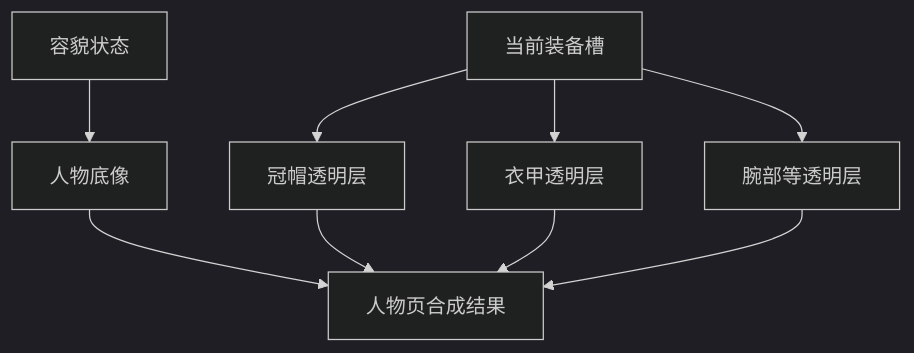
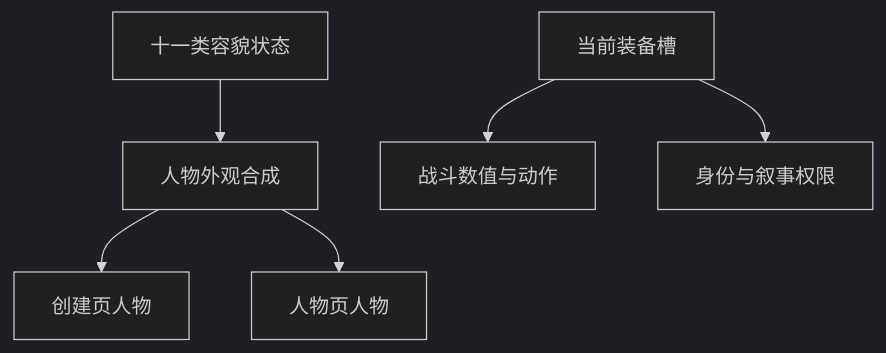
The second of 2 diagrams in docs/TALE_OF_IMMORTAL_CHARACTER_CREATION_REFERENCE.md (jollywu24/xiuxian-simulator), drawn with Mermaid (dark theme) before and after one commit. The commit also changed other lines of this file and 5 other files, not shown here.

````diff
--- a/docs/TALE_OF_IMMORTAL_CHARACTER_CREATION_REFERENCE.md
+++ b/docs/TALE_OF_IMMORTAL_CHARACTER_CREATION_REFERENCE.md
@@ -458,11 +457,8 @@
 ```mermaid
 flowchart TD
-    A[容貌状态] --> B[人物底像]
-    C[当前装备槽] --> D[冠帽透明层]
-    C --> E[衣甲透明层]
-    C --> F[腕部等透明层]
-    B --> G[人物页合成结果]
-    D --> G
-    E --> G
-    F --> G
+    A[十一类容貌状态] --> B[人物外观合成]
+    B --> C[创建页人物]
+    B --> D[人物页人物]
+    E[当前装备槽] --> F[战斗数值与动作]
+    E --> G[身份与叙事权限]
 ```
````
